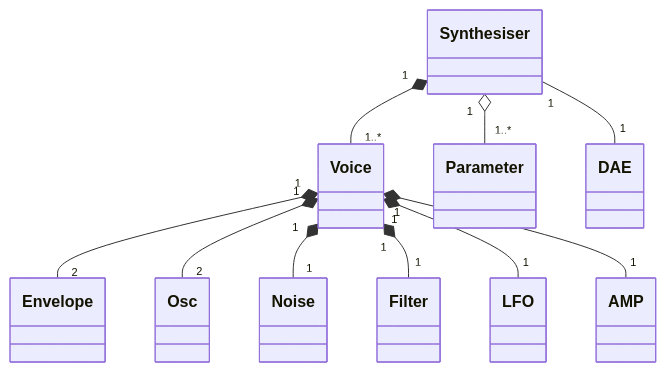
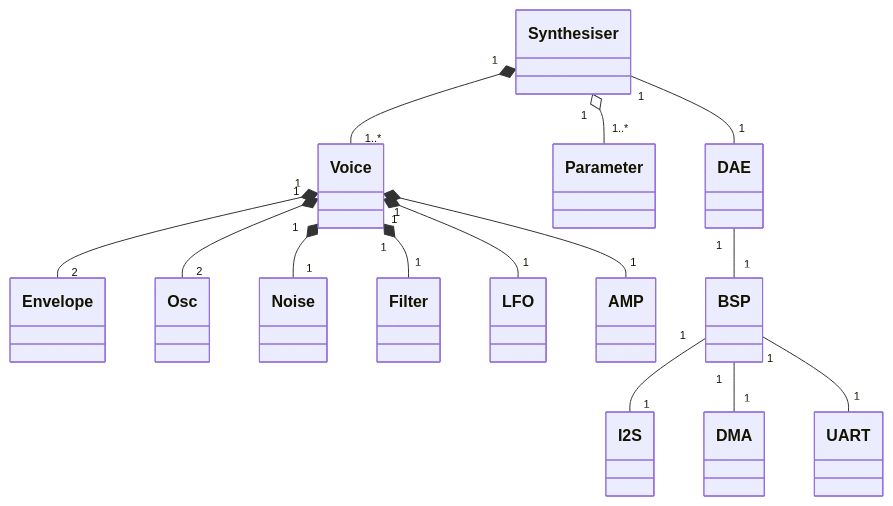
One commit to ydigikat/Frugi changed the diagram in README.md. Above: the diagram before and after it, drawn with Mermaid. The commit also changed other lines of this file and 3 other files, not shown here.

````diff
--- a/README.md
+++ b/README.md
@@ -48,15 +78,22 @@
 ```mermaid
 classDiagram
   %% Synth
   Synthesiser "1" *-- "1..*" Voice
   Synthesiser "1" o-- "1..*" Parameter 
   Synthesiser "1" -- "1" DAE 
 
   %% Voice
   Voice "1" *-- "2" Envelope
   Voice "1" *-- "2" Osc
   Voice "1" *-- "1" Noise
   Voice "1" *-- "1" Filter
   Voice "1" *-- "1" LFO 
   Voice "1" *-- "1" AMP
+
+
+  %% DAE
+  DAE "1" -- "1" BSP
+  BSP "1" -- "1" I2S
+  BSP "1" -- "1" DMA 
+  BSP "1" -- "1" UART
 ```
````
